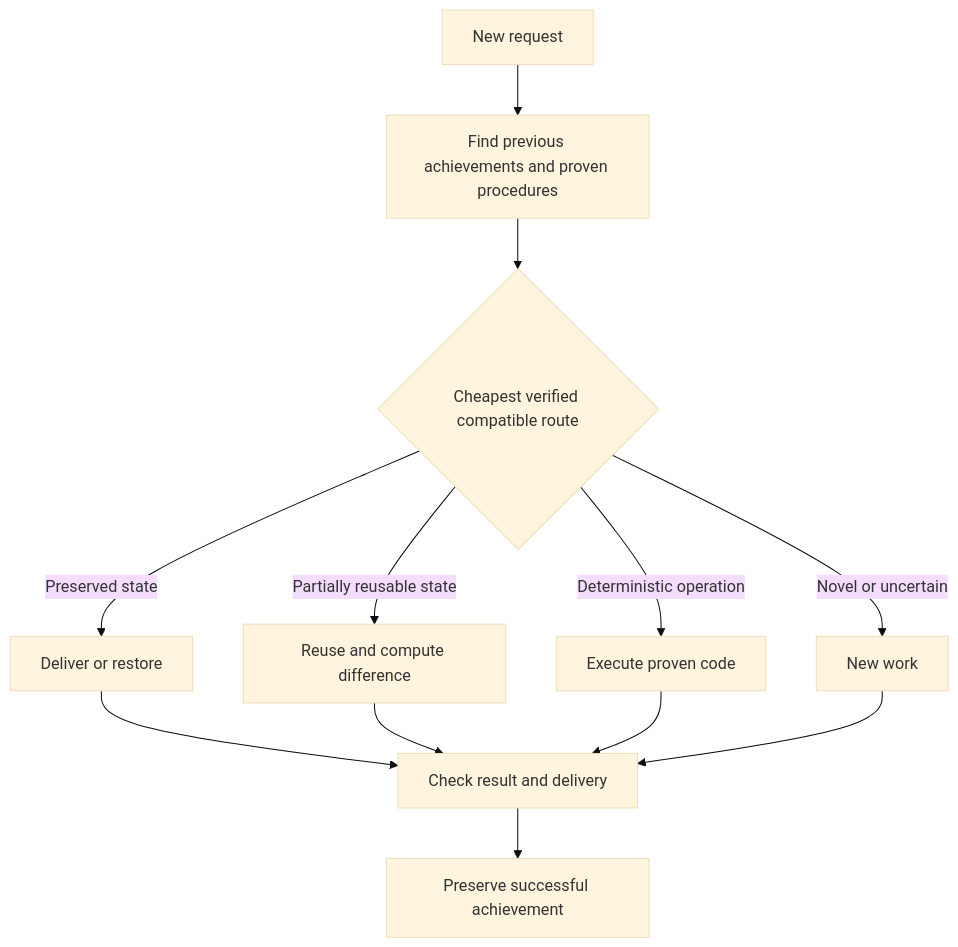
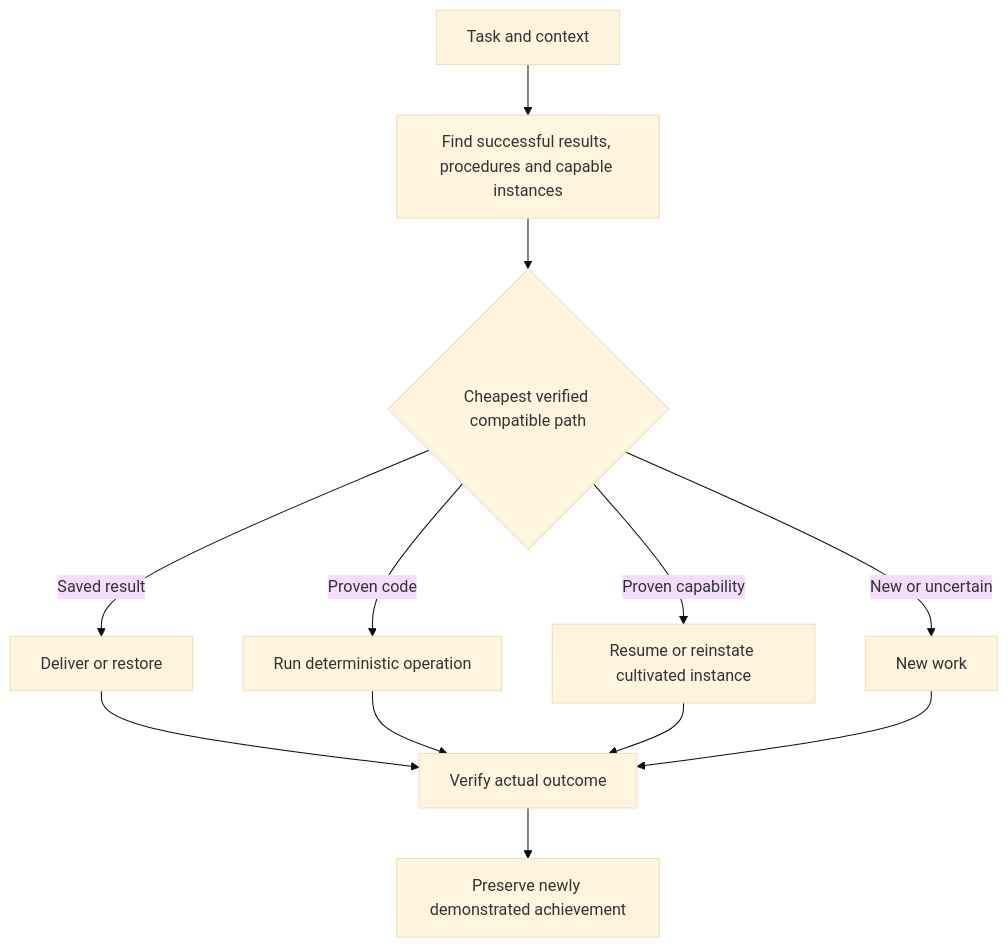
Before and after one commit to aRcHmaGe333/ECOmpile: the diagram in README.md, drawn with Mermaid (base theme). The commit also changed other lines of this file, not shown here.

Commit message:
Describe ECOmpile's three resources: results, code and cultivated instances

````diff
--- a/README.md
+++ b/README.md
@@ -21,14 +21,14 @@
 ```mermaid
 flowchart TD
-    A[New request] --> B[Find previous achievements and proven procedures]
-    B --> C{Cheapest verified compatible route}
-    C -->|Preserved state| D[Deliver or restore]
-    C -->|Partially reusable state| E[Reuse and compute difference]
-    C -->|Deterministic operation| F[Execute proven code]
-    C -->|Novel or uncertain| G[New work]
-    D --> H[Check result and delivery]
+    A[Task and context] --> B[Find successful results, procedures and capable instances]
+    B --> C{Cheapest verified compatible path}
+    C -->|Saved result| D[Deliver or restore]
+    C -->|Proven code| E[Run deterministic operation]
+    C -->|Proven capability| F[Resume or reinstate cultivated instance]
+    C -->|New or uncertain| G[New work]
+    D --> H[Verify actual outcome]
     E --> H
     F --> H
     G --> H
-    H --> I[Preserve successful achievement]
+    H --> I[Preserve newly demonstrated achievement]
 ```
````
